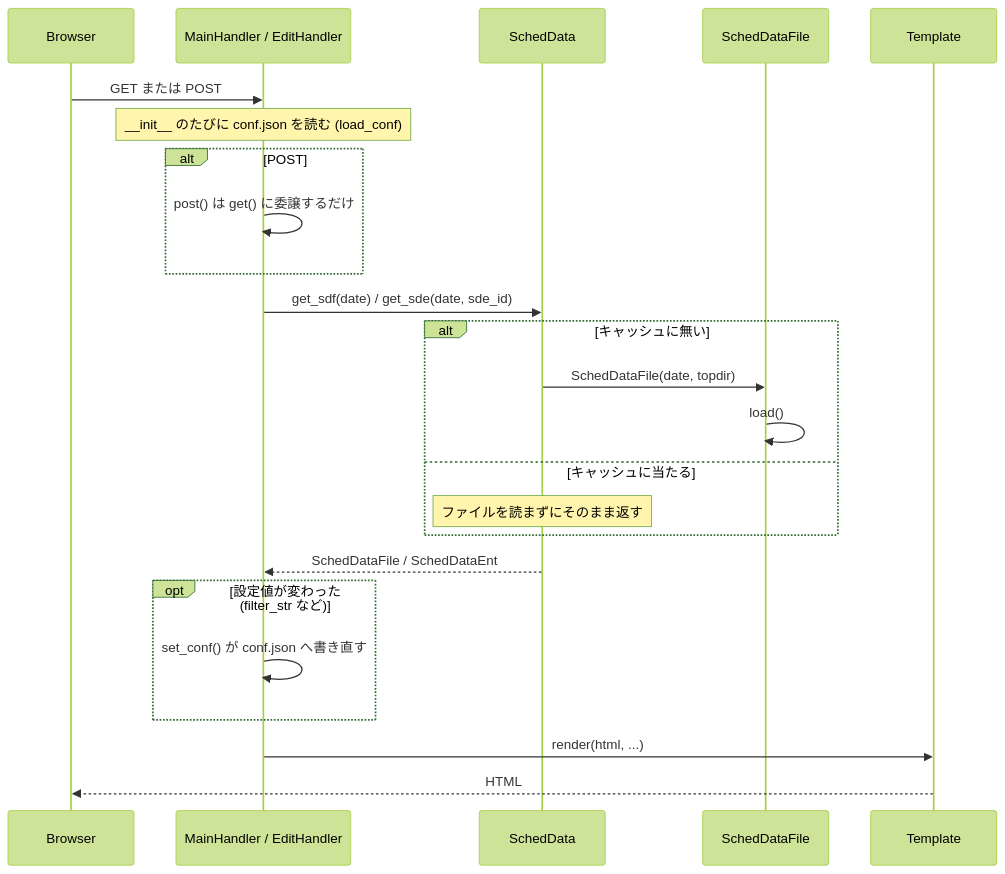
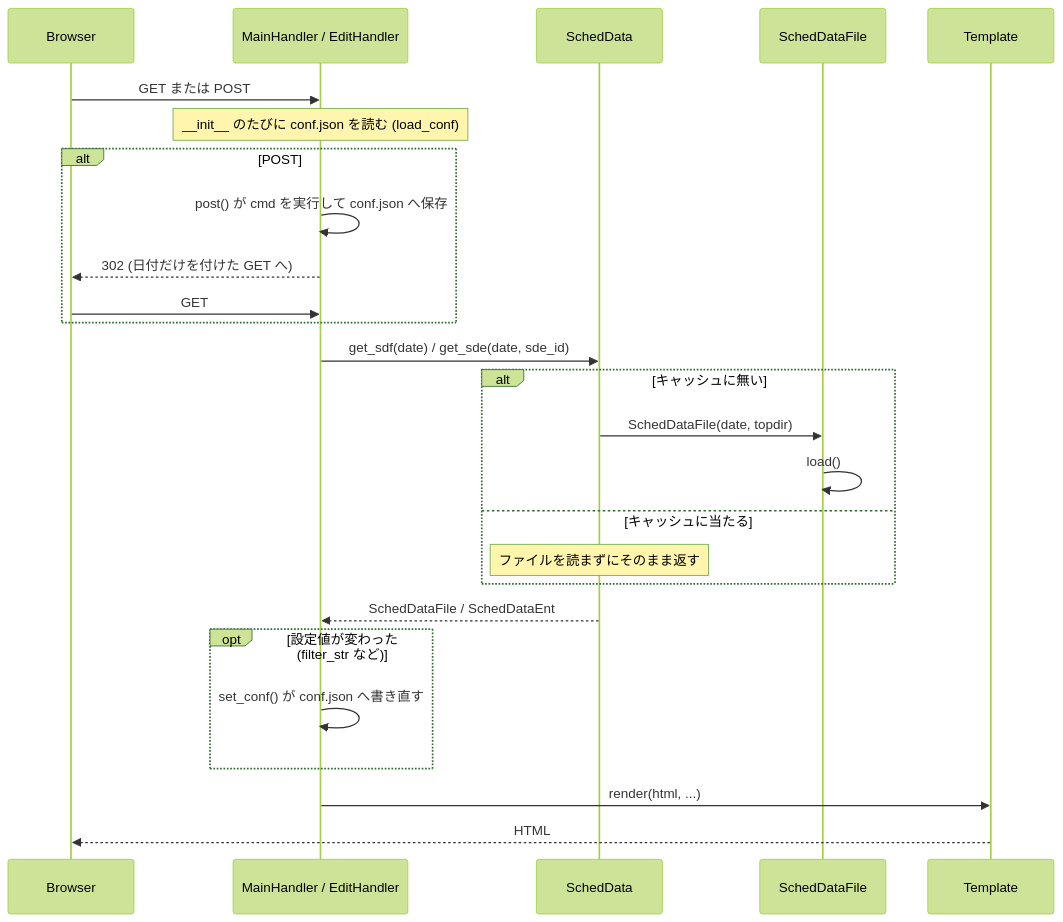
The third of 3 diagrams in src/README.md (ytani01/ytsched), drawn with Mermaid (forest theme) before and after one commit. The commit also changed other lines of this file and 14 other files, not shown here.

````diff
--- a/src/README.md
+++ b/src/README.md
@@ -171,27 +177,29 @@
 ```mermaid
 sequenceDiagram
     participant Browser
     participant Handler as MainHandler / EditHandler
     participant SD as SchedData
     participant SDF as SchedDataFile
     participant Template
 
     Browser->>Handler: GET または POST
     Note over Handler: __init__ のたびに conf.json を読む (load_conf)
     alt POST
-        Handler->>Handler: post() は get() に委譲するだけ
+        Handler->>Handler: post() が cmd を実行して conf.json へ保存
+        Handler-->>Browser: 302 (日付だけを付けた GET へ)
+        Browser->>Handler: GET
     end
     Handler->>SD: get_sdf(date) / get_sde(date, sde_id)
     alt キャッシュに無い
         SD->>SDF: SchedDataFile(date, topdir)
         SDF->>SDF: load()
     else キャッシュに当たる
         Note over SD: ファイルを読まずにそのまま返す
     end
     SD-->>Handler: SchedDataFile / SchedDataEnt
     opt 設定値が変わった (filter_str など)
         Handler->>Handler: set_conf() が conf.json へ書き直す
     end
     Handler->>Template: render(html, ...)
     Template-->>Browser: HTML
 ```
````
